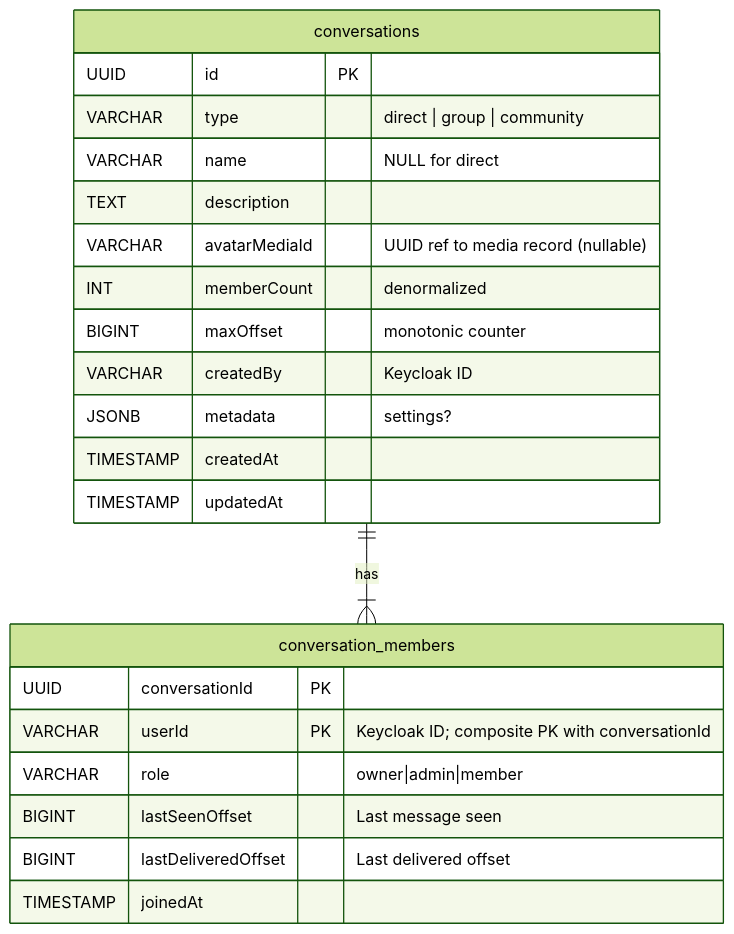
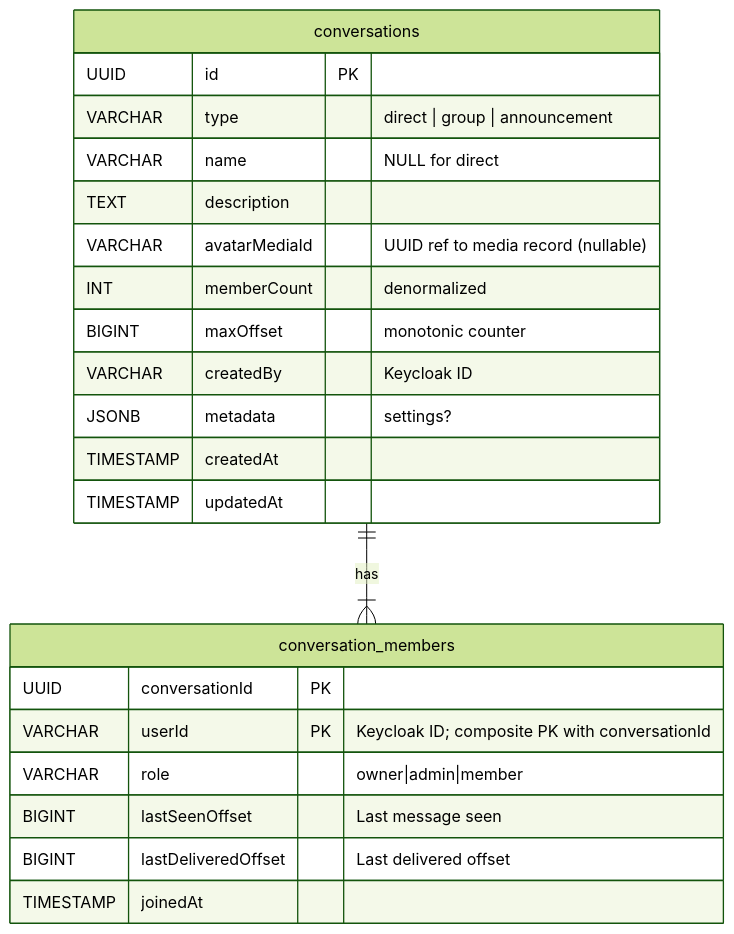
Before and after one commit to nguyenhung204/Zolo: the fourth of 7 diagrams in docs_backend/diagrams/database-relations.md, drawn with Mermaid (forest theme). The commit also changed other lines of this file and 35 other files, not shown here.

````diff
--- a/docs_backend/diagrams/database-relations.md
+++ b/docs_backend/diagrams/database-relations.md
@@ -231,27 +231,27 @@
 ```mermaid
 erDiagram
     conversations {
         UUID id PK
-        VARCHAR type "direct | group | community"
+        VARCHAR type "direct | group | announcement"
         VARCHAR name "NULL for direct"
         TEXT description
         VARCHAR avatarMediaId "UUID ref to media record (nullable)"
         INT memberCount "denormalized"
         BIGINT maxOffset "monotonic counter"
         VARCHAR createdBy "Keycloak ID"
         JSONB metadata "settings?"
         TIMESTAMP createdAt
         TIMESTAMP updatedAt
     }
     
     conversation_members {
         UUID conversationId PK
         VARCHAR userId PK "Keycloak ID; composite PK with conversationId"
         VARCHAR role "owner|admin|member"
         BIGINT lastSeenOffset "Last message seen"
         BIGINT lastDeliveredOffset "Last delivered offset"
         TIMESTAMP joinedAt
     }
     
     conversations ||--|{ conversation_members : "has"
 ```
````
